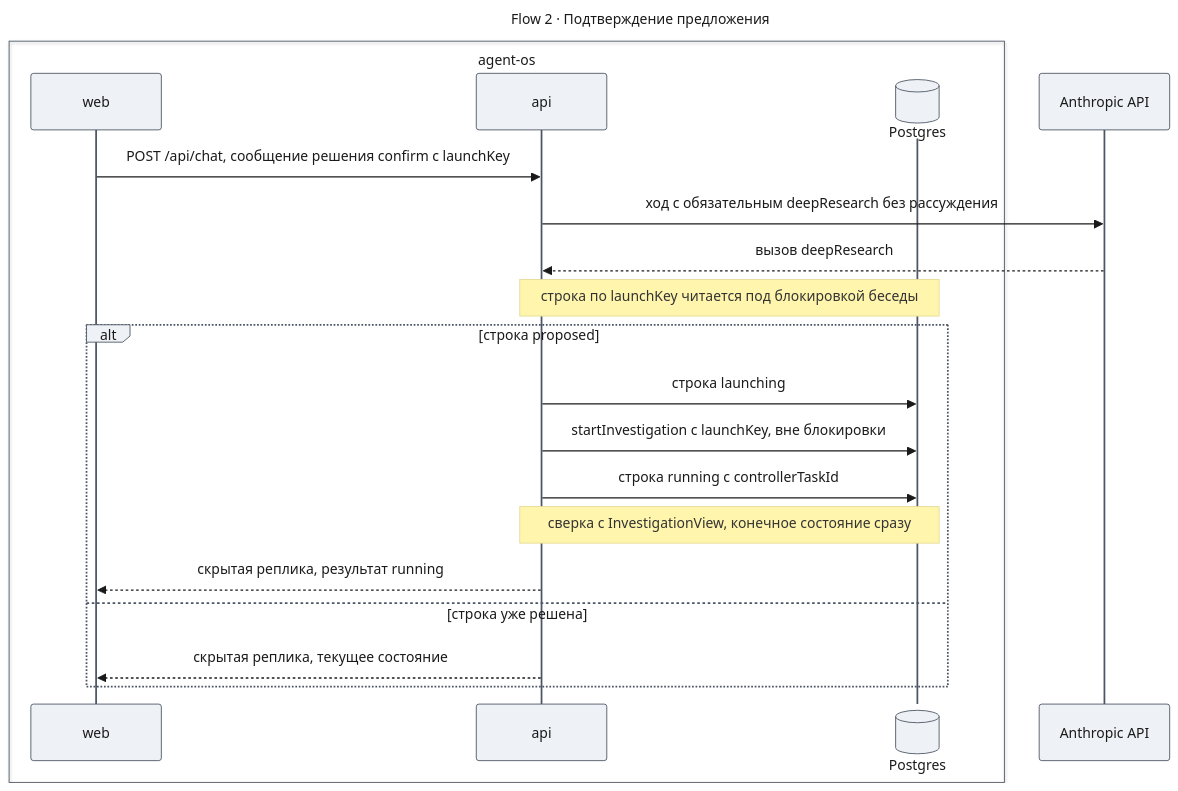
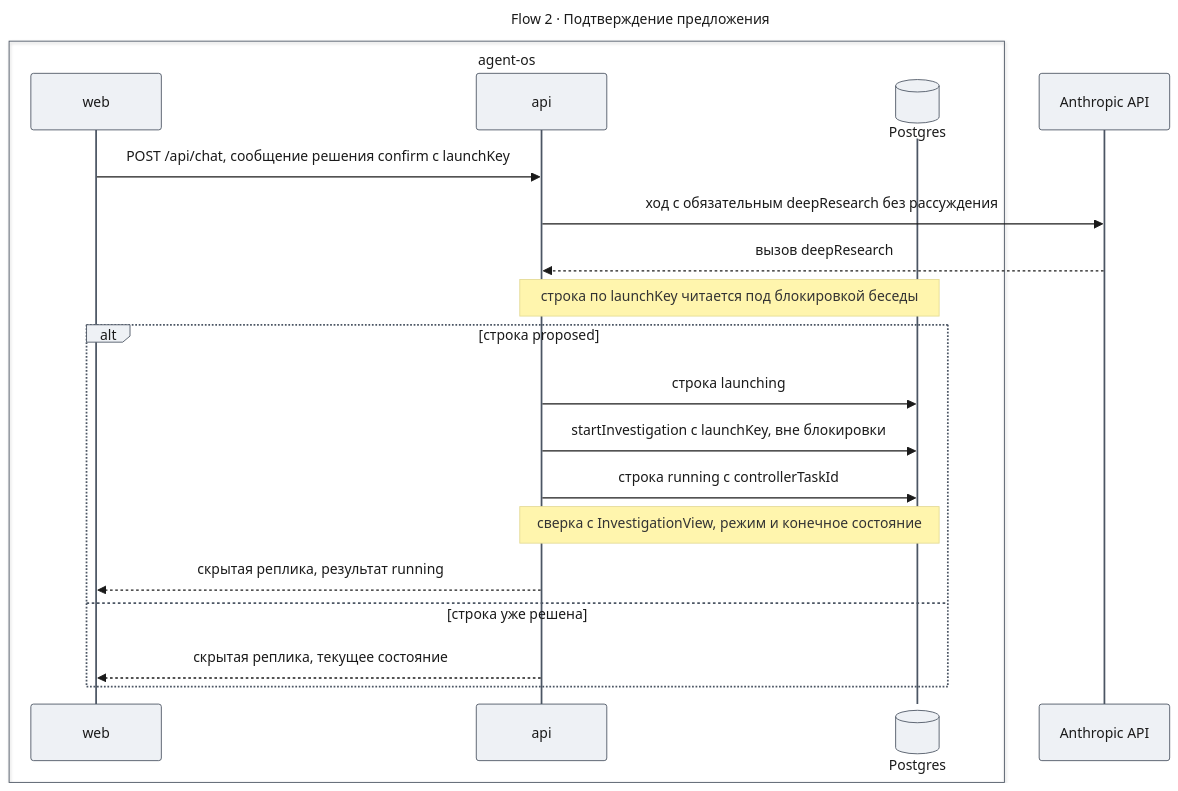
Before and after one commit to tundraray/agent-os: the seventh of 11 diagrams in docs/features/deep-research/design-chat-entry.md, drawn with Mermaid. The commit also changed other lines of this file and 1 other file, not shown here.

````diff
--- a/docs/features/deep-research/design-chat-entry.md
+++ b/docs/features/deep-research/design-chat-entry.md
@@ -490,44 +508,44 @@
 ```mermaid
 ---
 title: "Flow 2 · Подтверждение предложения"
 config:
   theme: base
   look: classic
   themeVariables:
     primaryColor: "#eef1f5"
     primaryBorderColor: "#4b5563"
     primaryTextColor: "#1a1a1a"
     lineColor: "#6b7280"
   themeCSS: |
     @keyframes lit_f2{0%,11%{stroke:#991b1b;stroke-width:4px}12.5%,100%{stroke:#37474f;stroke-width:2px}}
     @keyframes litr_f2{0%,11%{stroke:#1d4ed8;stroke-width:4px}12.5%,100%{stroke:#37474f;stroke-width:2px}}
     .messageLine0[data-id='i0'],.messageLine1[data-id='i0']{animation:lit_f2 9.6s linear 0s infinite}
     .messageLine0[data-id='i1'],.messageLine1[data-id='i1']{animation:lit_f2 9.6s linear 1.2s infinite}
     .messageLine0[data-id='i2'],.messageLine1[data-id='i2']{animation:litr_f2 9.6s linear 2.4s infinite}
     .messageLine0[data-id='i5'],.messageLine1[data-id='i5']{animation:lit_f2 9.6s linear 3.6s infinite}
     .messageLine0[data-id='i6'],.messageLine1[data-id='i6']{animation:lit_f2 9.6s linear 4.8s infinite}
     .messageLine0[data-id='i7'],.messageLine1[data-id='i7']{animation:lit_f2 9.6s linear 6s infinite}
     .messageLine0[data-id='i9'],.messageLine1[data-id='i9']{animation:litr_f2 9.6s linear 7.2s infinite}
     .messageLine0[data-id='i11'],.messageLine1[data-id='i11']{animation:litr_f2 9.6s linear 8.4s infinite}
 ---
 sequenceDiagram
     box agent-os
     participant W as web
     participant A as api
     participant P@{ "type": "database" } as Postgres
     end
     participant L as Anthropic API
     W->>A: POST /api/chat, сообщение решения confirm с launchKey
     A->>L: ход с обязательным deepResearch без рассуждения
     L-->>A: вызов deepResearch
     Note over A,P: строка по launchKey читается под блокировкой беседы
     alt строка proposed
         A->>P: строка launching
         A->>P: startInvestigation с launchKey, вне блокировки
         A->>P: строка running с controllerTaskId
-        Note over A,P: сверка с InvestigationView, конечное состояние сразу
+        Note over A,P: сверка с InvestigationView, режим и конечное состояние
         A-->>W: скрытая реплика, результат running
     else строка уже решена
         A-->>W: скрытая реплика, текущее состояние
     end
 ```
````
